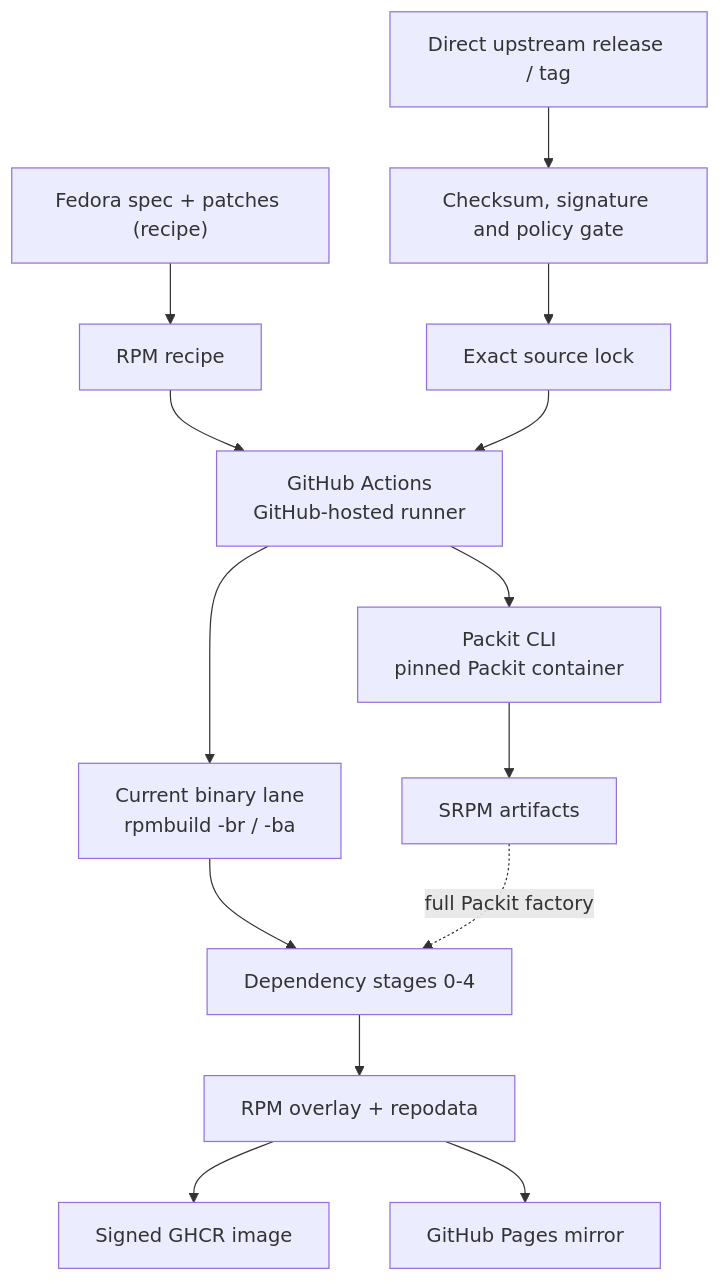
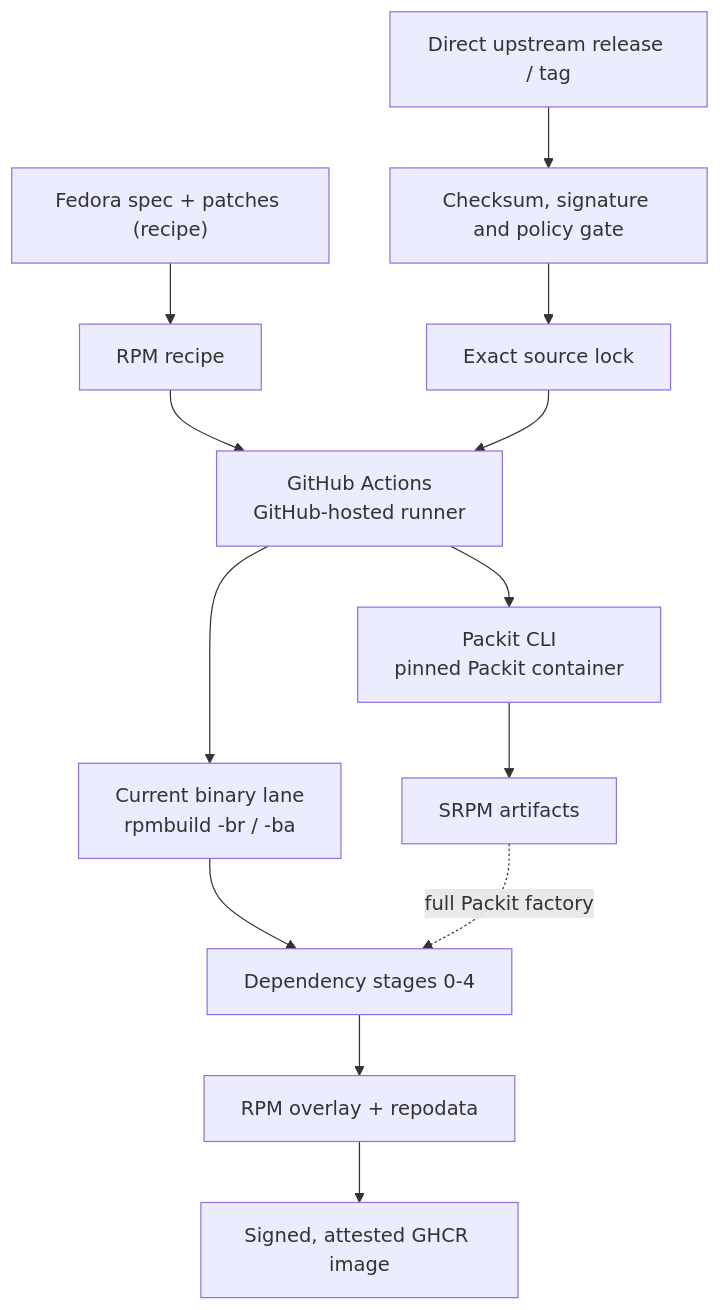
Before and after one commit to HuntedRaven7/utah-packages-1: the diagram in docs/architecture.md, drawn with Mermaid. The commit also changed other lines of this file and 6 other files, not shown here.

````diff
--- a/docs/architecture.md
+++ b/docs/architecture.md
@@ -3,16 +3,15 @@
 ```mermaid
 flowchart TD
   Fedora["Fedora spec + patches (recipe)"] --> Spec["RPM recipe"]
   Upstream["Direct upstream release / tag"] --> Verify["Checksum, signature and policy gate"]
   Verify --> Lock["Exact source lock"]
   GHA["GitHub Actions\nGitHub-hosted runner"] --> Packit["Packit CLI\npinned Packit container"]
   Spec --> GHA
   Lock --> GHA
   Packit --> SRPM["SRPM artifacts"]
   GHA --> Binary["Current binary lane\nrpmbuild -br / -ba"]
   Binary --> Stages["Dependency stages 0-4"]
   Stages --> Repo["RPM overlay + repodata"]
   SRPM -. full Packit factory .-> Stages
-  Repo --> GHCR["Signed GHCR image"]
-  Repo --> Pages["GitHub Pages mirror"]
+  Repo --> GHCR["Signed, attested GHCR image"]
 ```
````
